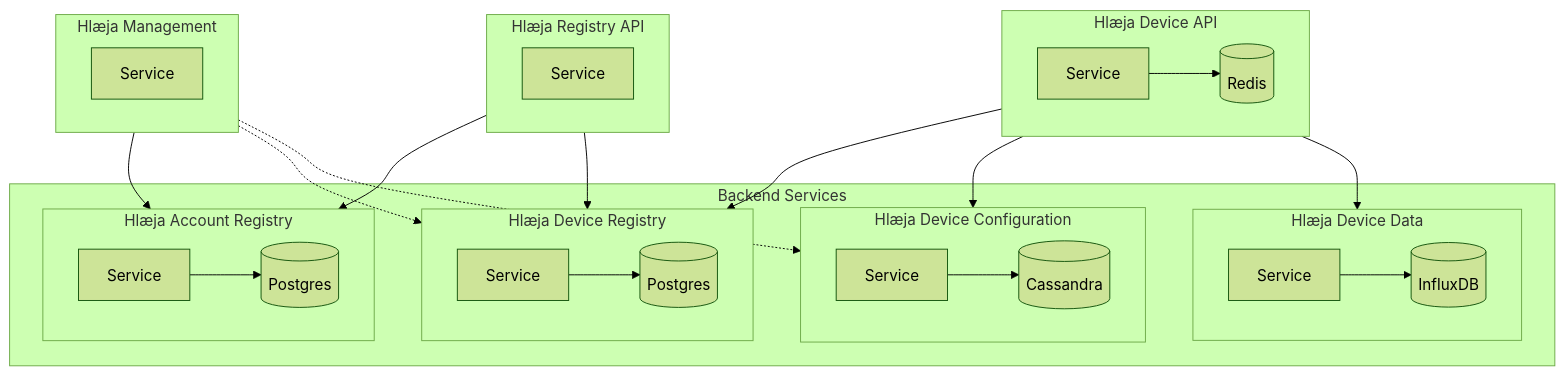
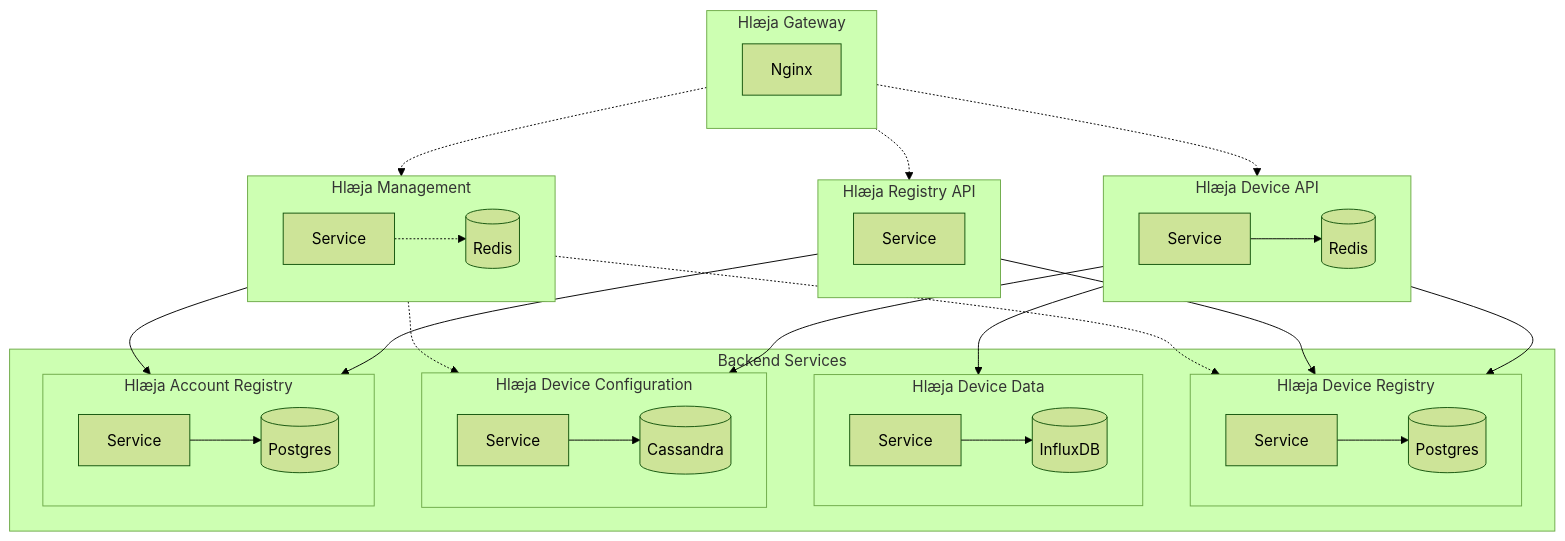
Before and after one commit to swordsteel/hlaeja-development: the first of 2 diagrams in doc/dependency.md, drawn with Mermaid (forest theme). The commit also changed other lines of this file, not shown here.

Commit message:
update dependency.md with missing/planed usages

````diff
--- a/doc/dependency.md
+++ b/doc/dependency.md
@@ -5,36 +5,46 @@
 ```mermaid
 graph TD
 ;
+
   subgraph BE[Backend Services]
     subgraph HDR[Hlæja Device Registry]
       HDRS[Service] --> HDRD[(Postgres)]
     end
     subgraph HDD[Hlæja Device Data]
       HDDS[Service] --> HDDD[(InfluxDB)]
     end
     subgraph HDC[Hlæja Device Configuration]
       HDCS[Service] --> HDCD[(Cassandra)]
     end
     subgraph HAR[Hlæja Account Registry]
       HARS[Service] --> HARD[(Postgres)]
     end
   end
   subgraph HDA[Hlæja Device API]
-    HDAS[Service] --> HDAD[(Redis)]
+    HDAS[Service] --> HDAR[(Redis)]
   end
   subgraph HRA[Hlæja Registry API]
     HRAS[Service]
   end
   subgraph HM[Hlæja Management]
-    HMS[Service]
+    HMS[Service] -.-> HMR[(Redis)]
   end
+  subgraph HG[Hlæja Gateway]
+    HGE[Nginx]
+  end
+
+  HG -.-> HDA
+  HG -.-> HRA
+  HG -.-> HM
 
   HM --> HAR
   HM -.-> HDR
   HM -.-> HDC
+
+  HRA --> HAR
+  HRA --> HDR
+
   HDA --> HDR
   HDA --> HDC
   HDA --> HDD
-  HRA --> HAR
-  HRA --> HDR
 ```
````
